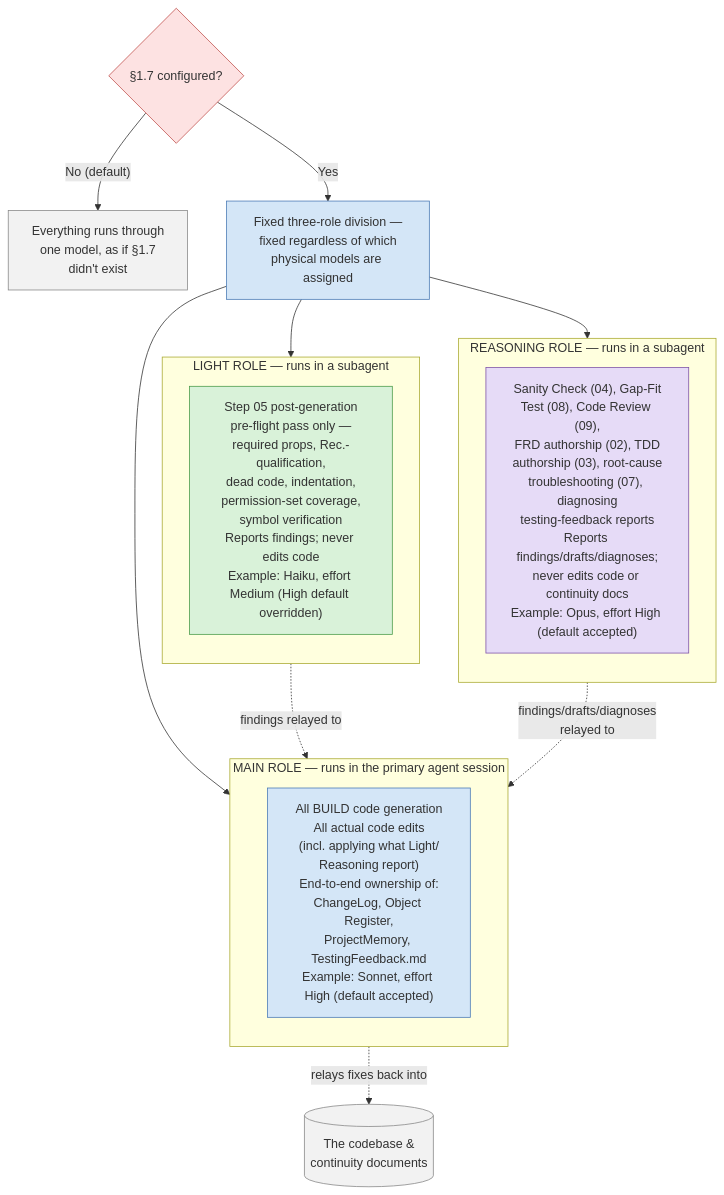
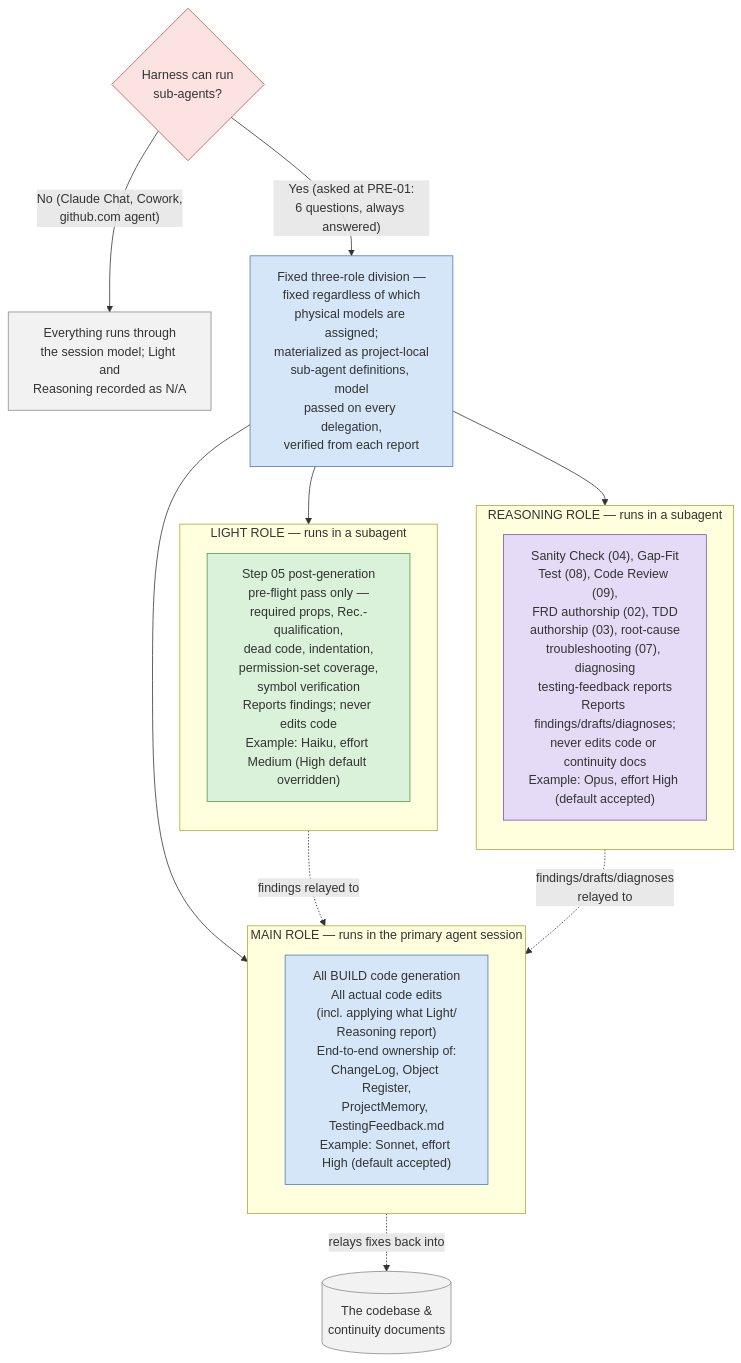
The eighth of 8 diagrams in fullVersion/RunbookSchematics.md (ajansari/ocpfBcAgenticDevFramework), drawn with Mermaid before and after one commit. The commit also changed other lines of this file and 26 other files, not shown here.

````diff
--- a/fullVersion/RunbookSchematics.md
+++ b/fullVersion/RunbookSchematics.md
@@ -414,42 +418,42 @@
 ```mermaid
 flowchart TD
-    Config{"§1.7 configured?"}
-    Config -- "No (default)" --> OneModel["Everything runs through<br/>one model, as if §1.7<br/>didn't exist"]
-    Config -- "Yes" --> ThreeRoles["Fixed three-role division —<br/>fixed regardless of which<br/>physical models are assigned"]
+    Config{"Harness can run<br/>sub-agents?"}
+    Config -- "No (Claude Chat, Cowork,<br/>github.com agent)" --> OneModel["Everything runs through<br/>the session model; Light and<br/>Reasoning recorded as N/A"]
+    Config -- "Yes (asked at PRE-01:<br/>6 questions, always answered)" --> ThreeRoles["Fixed three-role division —<br/>fixed regardless of which<br/>physical models are assigned;<br/>materialized as project-local<br/>sub-agent definitions, model<br/>passed on every delegation,<br/>verified from each report"]
 
     ThreeRoles --> Main
     ThreeRoles --> Light
     ThreeRoles --> Reasoning
 
     subgraph Main["MAIN ROLE — runs in the primary agent session"]
         direction TB
         MainWork["All BUILD code generation<br/>All actual code edits<br/>(incl. applying what Light/<br/>Reasoning report)<br/>End-to-end ownership of:<br/>ChangeLog, Object Register,<br/>ProjectMemory, TestingFeedback.md<br/>Example: Sonnet, effort High (default accepted)"]
     end
 
     subgraph Light["LIGHT ROLE — runs in a subagent"]
         direction TB
         LightWork["Step 05 post-generation<br/>pre-flight pass only —<br/>required props, Rec.-qualification,<br/>dead code, indentation,<br/>permission-set coverage,<br/>symbol verification<br/>Reports findings; never edits code<br/>Example: Haiku, effort Medium (High default overridden)"]
     end
 
     subgraph Reasoning["REASONING ROLE — runs in a subagent"]
         direction TB
         ReasonWork["Sanity Check (04), Gap-Fit<br/>Test (08), Code Review (09),<br/>FRD authorship (02), TDD<br/>authorship (03), root-cause<br/>troubleshooting (07), diagnosing<br/>testing-feedback reports<br/>Reports findings/drafts/diagnoses;<br/>never edits code or continuity docs<br/>Example: Opus, effort High (default accepted)"]
     end
 
     Main -.->|"relays fixes back into"| Codebase[("The codebase &<br/>continuity documents")]
     Light -.->|"findings relayed to"| Main
     Reasoning -.->|"findings/drafts/diagnoses<br/>relayed to"| Main
 
     classDef decision fill:#fde2e2,stroke:#c0504d,stroke-width:1px;
     classDef main fill:#d4e6f7,stroke:#4a7ab5,stroke-width:1px;
     classDef light fill:#d9f2d9,stroke:#4a9b4a,stroke-width:1px;
     classDef reasoning fill:#e6dbf7,stroke:#7d52a8,stroke-width:1px;
     classDef store fill:#f2f2f2,stroke:#888,stroke-width:1px;
     class Config decision;
     class OneModel store;
     class ThreeRoles main;
     class MainWork main;
     class LightWork light;
     class ReasonWork reasoning;
     class Codebase store;
 ```
````
